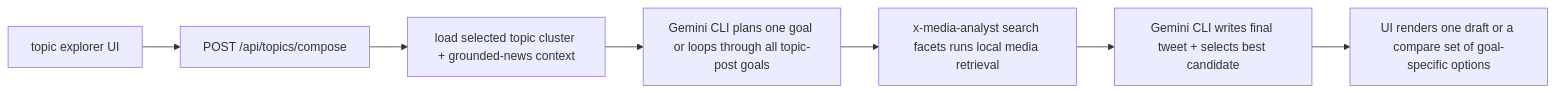
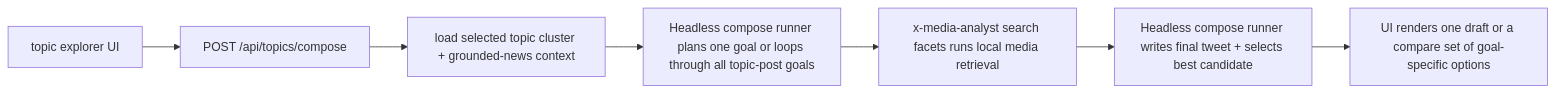
The seventh of 14 diagrams in agent_docs/20-runtime-flows.md (nicholaslocascio/x-claw-studio), drawn with Mermaid before and after one commit. The commit also changed other lines of this file and 318 other files, not shown here.

````diff
--- a/agent_docs/20-runtime-flows.md
+++ b/agent_docs/20-runtime-flows.md
@@ -185,9 +210,9 @@
 ```mermaid
 flowchart LR
   A["topic explorer UI"] --> B["POST /api/topics/compose"]
   B --> C["load selected topic cluster + grounded-news context"]
-  C --> D["Gemini CLI plans one goal or loops through all topic-post goals"]
+  C --> D["Headless compose runner plans one goal or loops through all topic-post goals"]
   D --> E["x-media-analyst search facets runs local media retrieval"]
-  E --> F["Gemini CLI writes final tweet + selects best candidate"]
+  E --> F["Headless compose runner writes final tweet + selects best candidate"]
   F --> G["UI renders one draft or a compare set of goal-specific options"]
 ```
````
